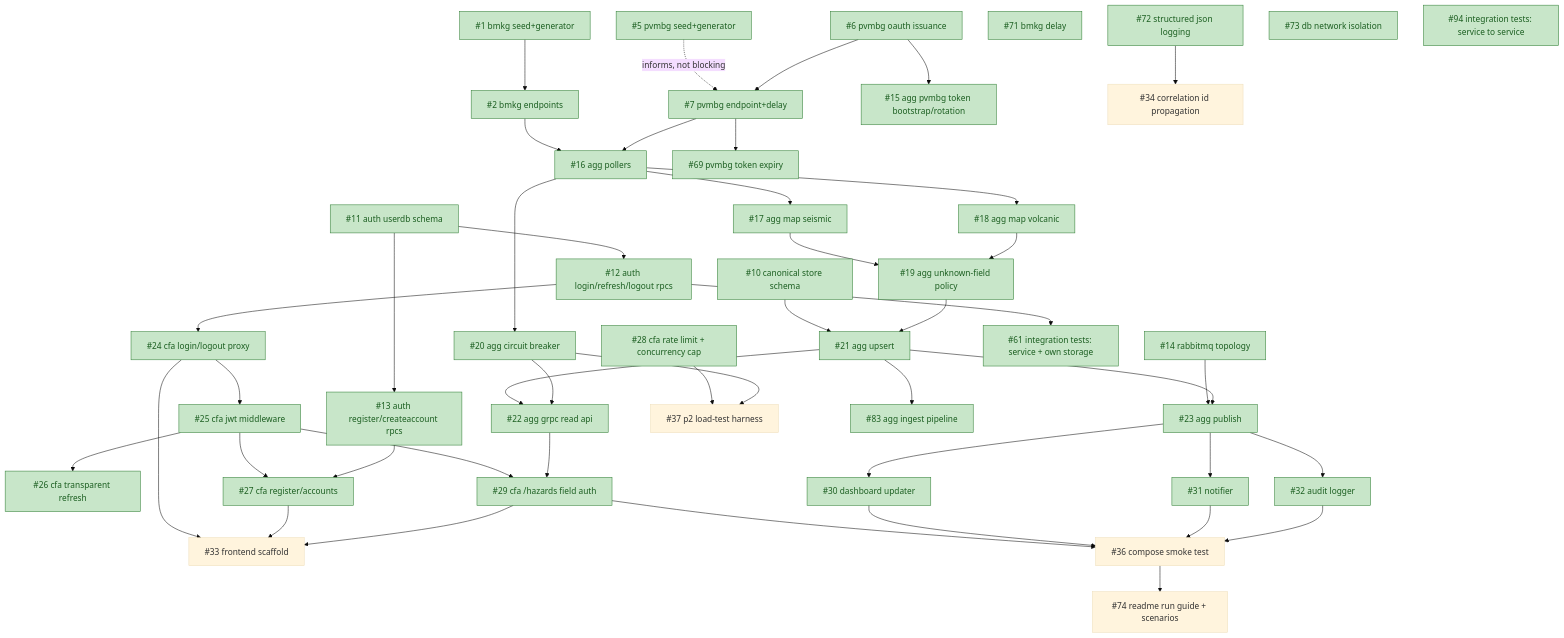
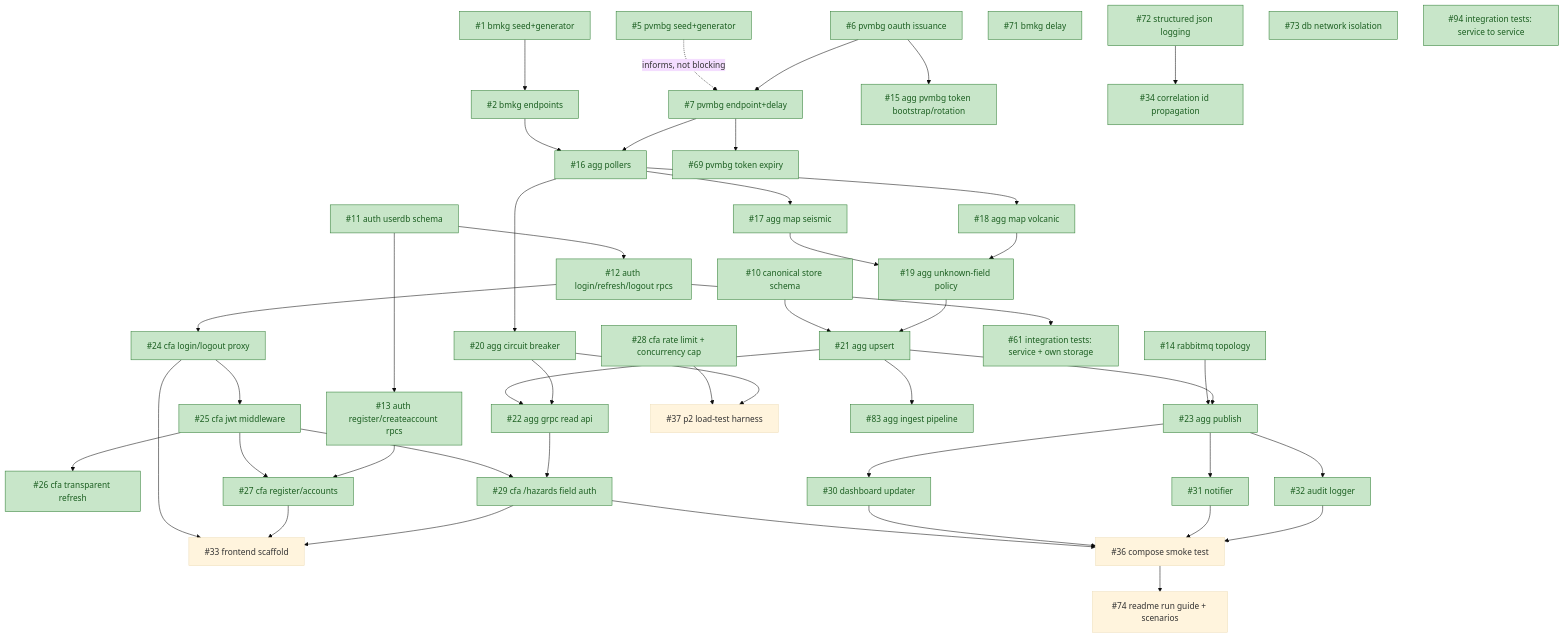
One commit to brii26/distributed-hazard-coordination changed the diagram in doc/BACKLOG_DEPENDENCIES.md. Above: the diagram before and after it, drawn with Mermaid (base theme). The commit also changed other lines of this file, not shown here.

Commit message:
docs(backlog): mark #34 done

````diff
--- a/doc/BACKLOG_DEPENDENCIES.md
+++ b/doc/BACKLOG_DEPENDENCIES.md
@@ -20,63 +19,63 @@
 ```mermaid
 graph TD
   1["#1 bmkg seed+generator"] --> 2["#2 bmkg endpoints"]
   5["#5 pvmbg seed+generator"] -.->|informs, not blocking| 7
 
   6["#6 pvmbg oauth issuance"] --> 15["#15 agg pvmbg token bootstrap/rotation"]
   6 --> 7["#7 pvmbg endpoint+delay"]
   7 --> 69["#69 pvmbg token expiry"]
 
   2 --> 16["#16 agg pollers"]
   7 --> 16
   16 --> 17["#17 agg map seismic"]
   16 --> 18["#18 agg map volcanic"]
   16 --> 20["#20 agg circuit breaker"]
   17 --> 19["#19 agg unknown-field policy"]
   18 --> 19
 
   10["#10 canonical store schema"] --> 21["#21 agg upsert"]
   19 --> 21
   21 --> 22["#22 agg grpc read api"]
   20 --> 22
 
   14["#14 rabbitmq topology"] --> 23["#23 agg publish"]
   21 --> 23
   21 --> 83["#83 agg ingest pipeline"]
 
   11["#11 auth userdb schema"] --> 12["#12 auth login/refresh/logout rpcs"]
   11 --> 13["#13 auth register/createaccount rpcs"]
 
   12 --> 24["#24 cfa login/logout proxy"]
   12 --> 61["#61 integration tests: service + own storage"]
   24 --> 25["#25 cfa jwt middleware"]
   25 --> 26["#26 cfa transparent refresh"]
   25 --> 27["#27 cfa register/accounts"]
   13 --> 27
   25 --> 29["#29 cfa /hazards field auth"]
   22 --> 29
 
   23 --> 30["#30 dashboard updater"]
   23 --> 31["#31 notifier"]
   23 --> 32["#32 audit logger"]
 
   24 --> 33["#33 frontend scaffold"]
   27 --> 33
   29 --> 33
 
   29 --> 36["#36 compose smoke test"]
   30 --> 36
   31 --> 36
   32 --> 36
 
   28["#28 cfa rate limit + concurrency cap"] --> 37["#37 p2 load-test harness"]
   20 --> 37
 
   72["#72 structured json logging"] --> 34["#34 correlation id propagation"]
   36 --> 74["#74 readme run guide + scenarios"]
   71["#71 bmkg delay"]
   73["#73 db network isolation"]
   94["#94 integration tests: service to service"]
 
   classDef done fill:#c8e6c9,stroke:#2e7d32,color:#1b5e20
-  class 1,2,5,6,7,10,11,12,13,14,15,16,17,18,19,20,21,22,23,24,25,26,27,28,29,30,31,32,35,61,69,71,72,73,83,94 done
+  class 1,2,5,6,7,10,11,12,13,14,15,16,17,18,19,20,21,22,23,24,25,26,27,28,29,30,31,32,34,35,61,69,71,72,73,83,94 done
 ```
````
